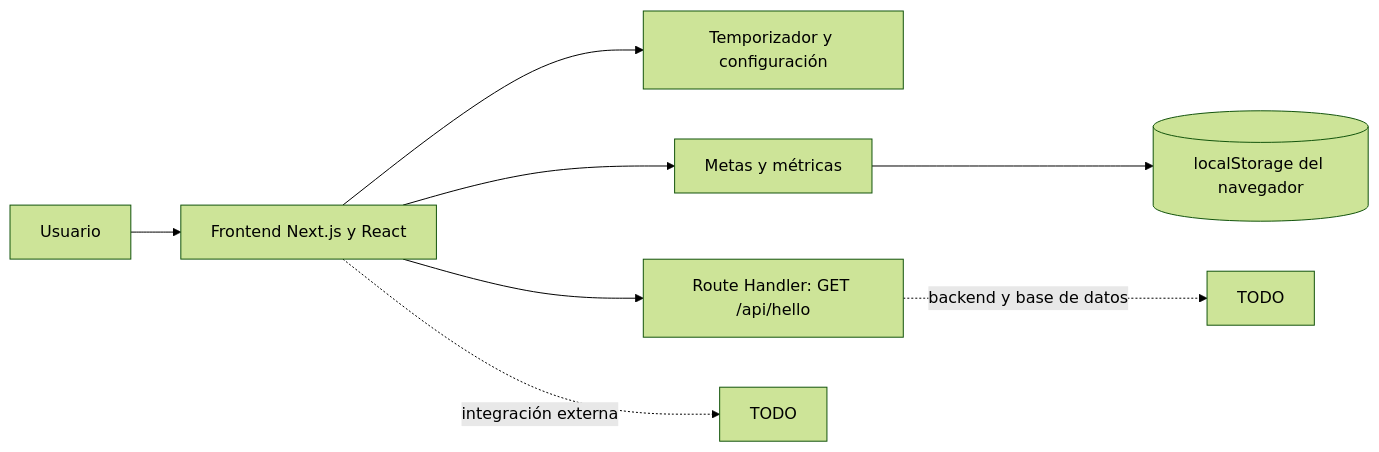
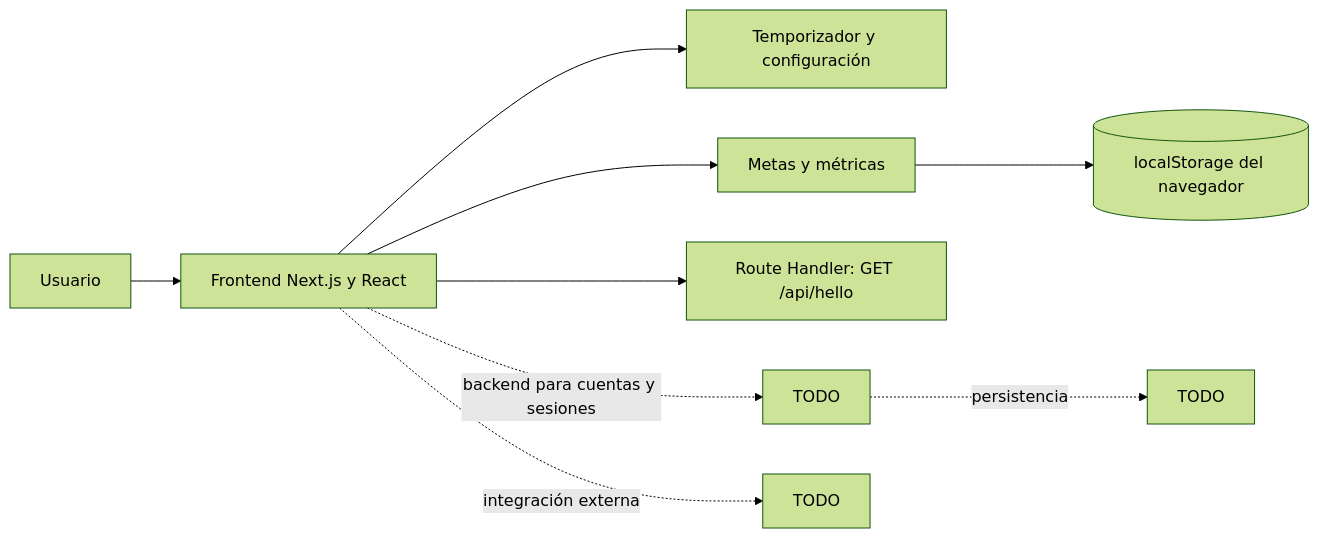
Before and after one commit to FrancoNavarreteN/TALLER4: the diagram in README.md, drawn with Mermaid (forest theme). The commit also changed other lines of this file, not shown here.

````diff
--- a/README.md
+++ b/README.md
@@ -70,10 +70,11 @@
 ```mermaid
 flowchart LR
 	 U[Usuario] --> APP[Frontend Next.js y React]
 	 APP --> TIMER[Temporizador y configuración]
 	 APP --> GOALS[Metas y métricas]
 	 GOALS --> LS[(localStorage del navegador)]
 	 APP --> API[Route Handler: GET /api/hello]
+	 APP -. backend para cuentas y sesiones .-> BE[TODO]
+	 BE -. persistencia .-> DB[TODO]
 	 APP -. integración externa .-> EXT[TODO]
-	 API -. backend y base de datos .-> DB[TODO]
 ```
````
